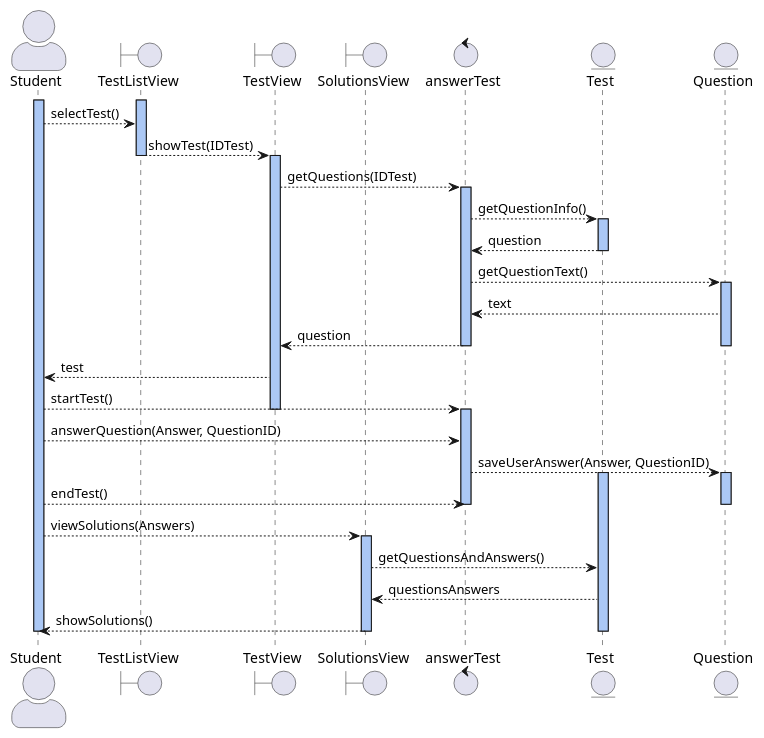
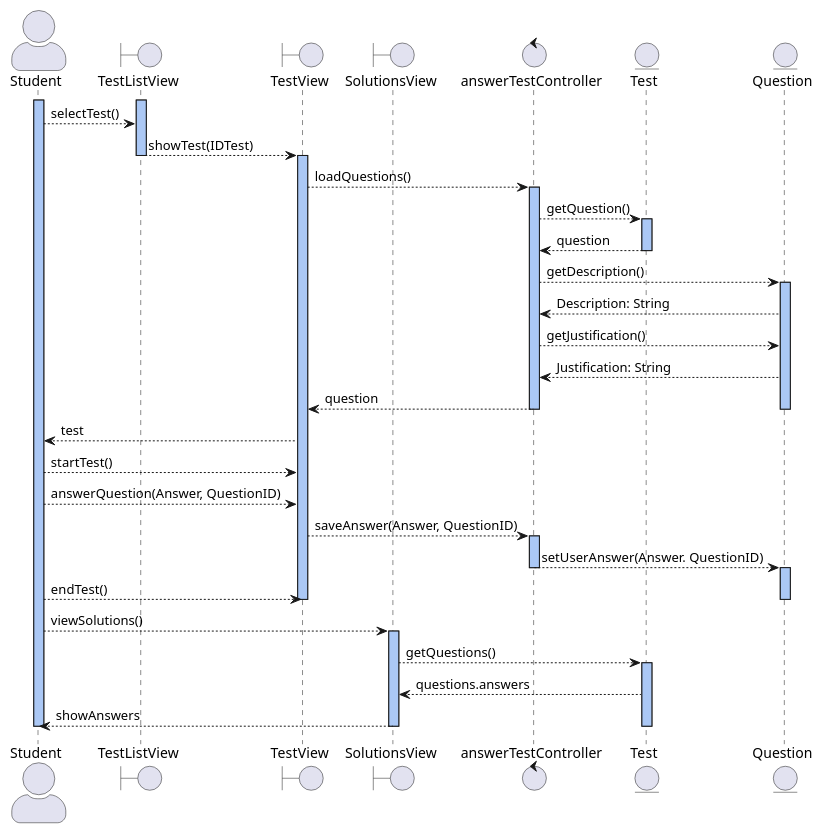
One commit to MiguelCiav/Uhuru changed the diagram in docs/logicalView/designView/classDesing/sequenceDiagram.plantuml. Above: the diagram before and after it, drawn with PlantUML. The commit also changed 11 other files, not shown here.

```diff
--- a/docs/logicalView/designView/classDesing/sequenceDiagram.plantuml
+++ b/docs/logicalView/designView/classDesing/sequenceDiagram.plantuml
@@ -1,61 +1,66 @@
 @startuml sequenceDiagram
 
 skinparam actorStyle awesome
 
 actor Student
 boundary TestListView
 boundary TestView
 boundary SolutionsView
-control answerTest
+control answerTestController
 entity Test
 entity Question
 
 activate Student #abc8f5
 
 activate TestListView #abc8f5
 Student --> TestListView: selectTest()
 
 TestListView --> TestView: showTest(IDTest)
 deactivate TestListView
 
 activate TestView #abc8f5
-TestView --> answerTest: getQuestions(IDTest)
-activate answerTest #abc8f5
+TestView --> answerTestController: loadQuestions()
+activate answerTestController #abc8f5
 
-answerTest --> Test: getQuestionInfo()
+answerTestController --> Test: getQuestion()
 activate Test #abc8f5
-Test --> answerTest: question
+Test --> answerTestController: question
 deactivate Test
 
-answerTest --> Question: getQuestionText()
+answerTestController --> Question: getDescription()
 activate Question #abc8f5
-Question --> answerTest: text
-answerTest --> TestView: question
-deactivate answerTest
+Question --> answerTestController: Description: String
+answerTestController --> Question: getJustification()
+Question --> answerTestController: Justification: String
+answerTestController --> TestView: question
+deactivate Question
 
-deactivate Question
+deactivate answerTestController
+
+
 TestView --> Student: test
-Student --> answerTest: startTest()
+Student --> TestView: startTest()
 
-deactivate TestView
-
-activate answerTest #abc8f5
-Student --> answerTest: answerQuestion(Answer, QuestionID)
-answerTest --> Question :saveUserAnswer(Answer, QuestionID)
+Student --> TestView: answerQuestion(Answer, QuestionID)
+TestView --> answerTestController: saveAnswer(Answer, QuestionID)
+activate answerTestController #abc8f5
+answerTestController --> Question :setUserAnswer(Answer. QuestionID)
+deactivate answerTestController
 activate Question #abc8f5
 
-activate Test #abc8f5
-Student --> answerTest: endTest()
+Student --> TestView: endTest()
+deactivate TestView
 deactivate Question
 
-deactivate answerTest
-Student --> SolutionsView: viewSolutions(Answers)
+
+Student --> SolutionsView: viewSolutions()
 activate SolutionsView #abc8f5
-SolutionsView --> Test :getQuestionsAndAnswers()
-Test --> SolutionsView :questionsAnswers
-SolutionsView --> Student: showSolutions()
+SolutionsView --> Test :getQuestions()
+activate Test #abc8f5
+Test --> SolutionsView :questions.answers
+SolutionsView --> Student: showAnswers
 deactivate Test
 deactivate Student
 deactivate SolutionsView
 
 @enduml
```
